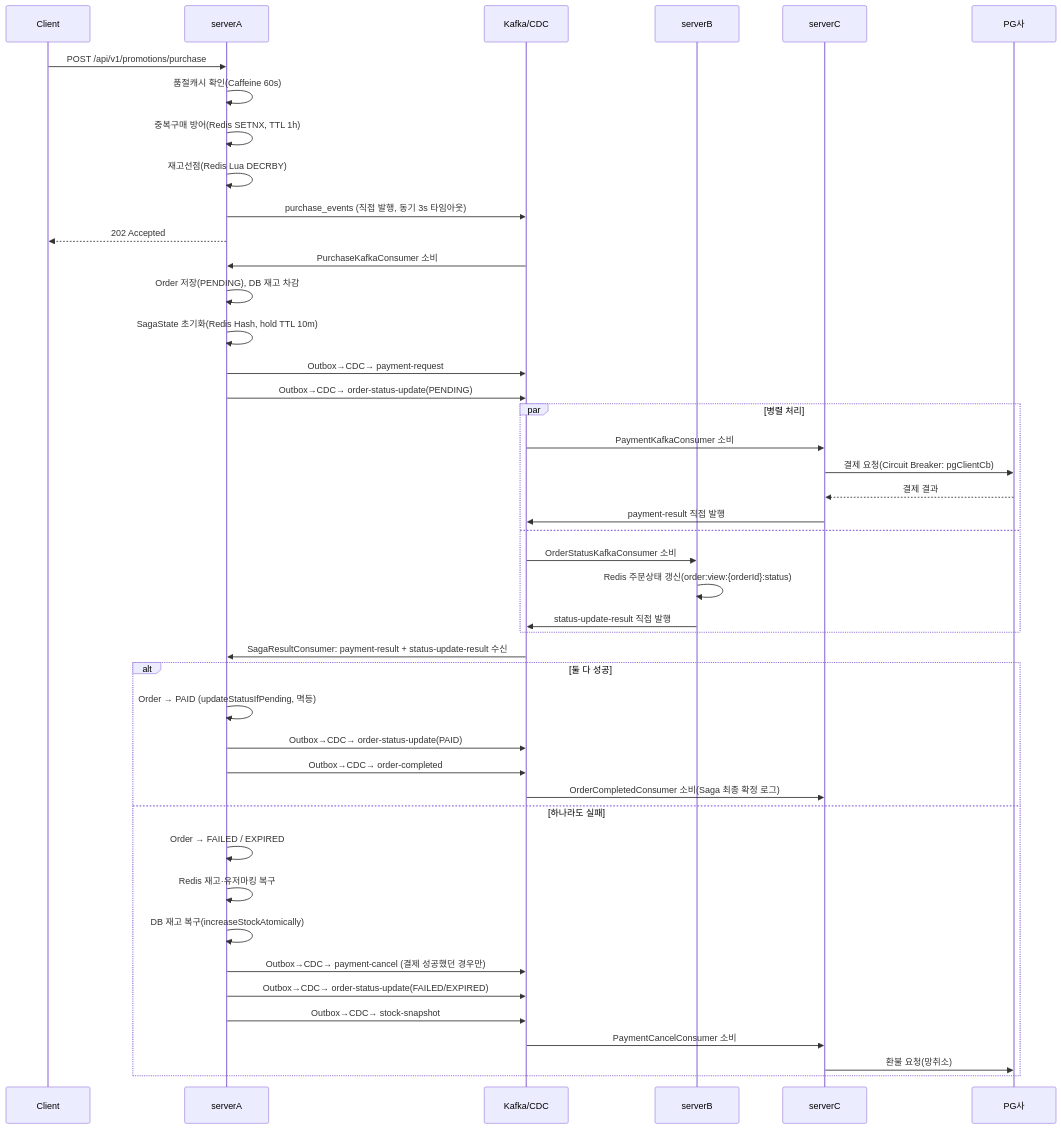
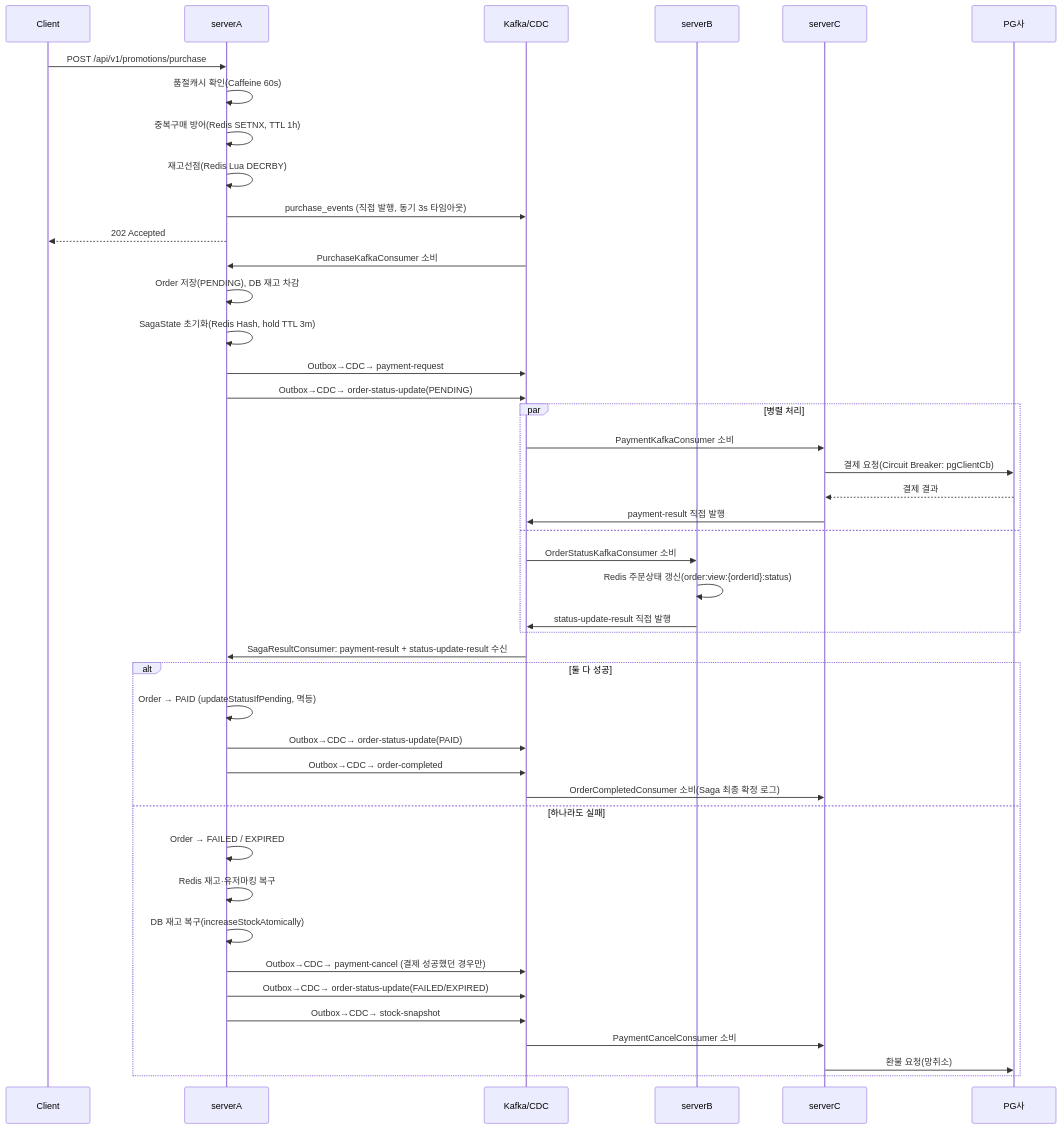
One commit to michi2012/goods-promotion-project changed the diagram in docs/arch-snapshot.md. Above: the diagram before and after it, drawn with Mermaid. The commit also changed 3 other files, not shown here.

````diff
--- a/docs/arch-snapshot.md
+++ b/docs/arch-snapshot.md
@@ -36,50 +36,50 @@
 ```mermaid
 sequenceDiagram
     participant C as Client
     participant A as serverA
     participant K as Kafka/CDC
     participant B as serverB
     participant SC as serverC
     participant PG as PG사
 
     C->>A: POST /api/v1/promotions/purchase
     A->>A: 품절캐시 확인(Caffeine 60s)
     A->>A: 중복구매 방어(Redis SETNX, TTL 1h)
     A->>A: 재고선점(Redis Lua DECRBY)
     A->>K: purchase_events (직접 발행, 동기 3s 타임아웃)
     A-->>C: 202 Accepted
 
     K->>A: PurchaseKafkaConsumer 소비
     A->>A: Order 저장(PENDING), DB 재고 차감
-    A->>A: SagaState 초기화(Redis Hash, hold TTL 10m)
+    A->>A: SagaState 초기화(Redis Hash, hold TTL 3m)
     A->>K: Outbox→CDC→ payment-request
     A->>K: Outbox→CDC→ order-status-update(PENDING)
 
     par 병렬 처리
         K->>SC: PaymentKafkaConsumer 소비
         SC->>PG: 결제 요청(Circuit Breaker: pgClientCb)
         PG-->>SC: 결제 결과
         SC->>K: payment-result 직접 발행
     and
         K->>B: OrderStatusKafkaConsumer 소비
         B->>B: Redis 주문상태 갱신(order:view:{orderId}:status)
         B->>K: status-update-result 직접 발행
     end
 
     K->>A: SagaResultConsumer: payment-result + status-update-result 수신
     alt 둘 다 성공
         A->>A: Order → PAID (updateStatusIfPending, 멱등)
         A->>K: Outbox→CDC→ order-status-update(PAID)
         A->>K: Outbox→CDC→ order-completed
         K->>SC: OrderCompletedConsumer 소비(Saga 최종 확정 로그)
     else 하나라도 실패
         A->>A: Order → FAILED / EXPIRED
         A->>A: Redis 재고·유저마킹 복구
         A->>A: DB 재고 복구(increaseStockAtomically)
         A->>K: Outbox→CDC→ payment-cancel (결제 성공했던 경우만)
         A->>K: Outbox→CDC→ order-status-update(FAILED/EXPIRED)
         A->>K: Outbox→CDC→ stock-snapshot
         K->>SC: PaymentCancelConsumer 소비
         SC->>PG: 환불 요청(망취소)
     end
 ```
````
